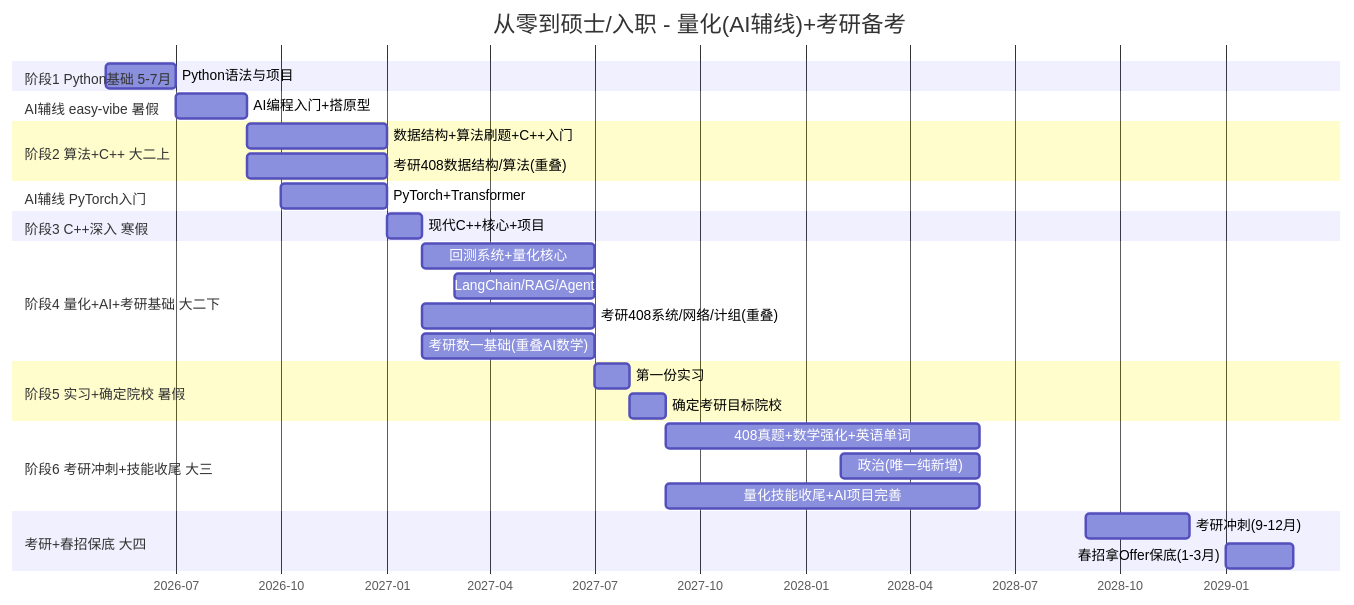
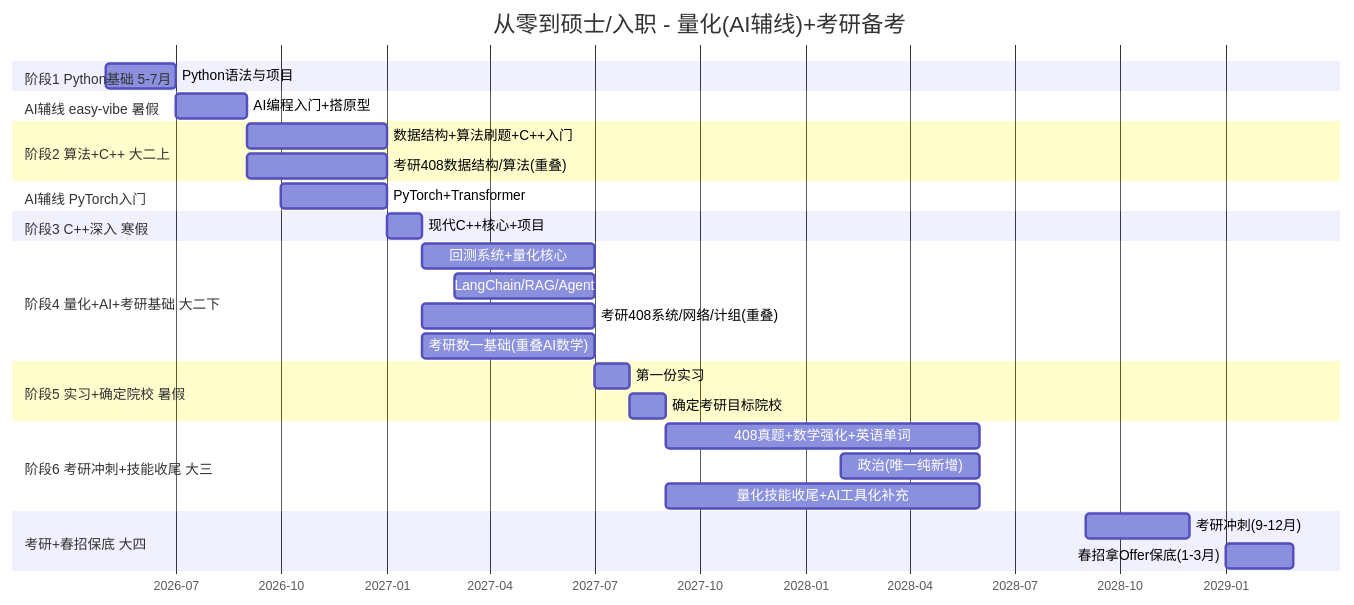
Before and after one commit to radiumno/study_plan: the first of 2 diagrams in resources/主脉络.md, drawn with Mermaid. The commit also changed other lines of this file and 107 other files, not shown here.

````diff
--- a/resources/主脉络.md
+++ b/resources/主脉络.md
@@ -202,41 +207,41 @@
 ```mermaid
 gantt
     title 从零到硕士/入职 - 量化(AI辅线)+考研备考
     dateFormat  YYYY-MM
     axisFormat  %Y-%m
 
     section 阶段1 Python基础 5-7月
     Python语法与项目          :2026-05, 2026-07
 
     section AI辅线 easy-vibe 暑假
     AI编程入门+搭原型         :2026-07, 2026-09
 
     section 阶段2 算法+C++ 大二上
     数据结构+算法刷题+C++入门  :2026-09, 2027-01
     考研408数据结构/算法(重叠) :2026-09, 2027-01
 
     section AI辅线 PyTorch入门
     PyTorch+Transformer       :2026-10, 2027-01
 
     section 阶段3 C++深入 寒假
     现代C++核心+项目           :2027-01, 2027-02
 
     section 阶段4 量化+AI+考研基础 大二下
     回测系统+量化核心          :2027-02, 2027-07
     LangChain/RAG/Agent       :2027-03, 2027-07
     考研408系统/网络/计组(重叠):2027-02, 2027-07
     考研数一基础(重叠AI数学)   :2027-02, 2027-07
 
     section 阶段5 实习+确定院校 暑假
     第一份实习                :2027-07, 2027-08
     确定考研目标院校           :2027-08, 2027-09
 
     section 阶段6 考研冲刺+技能收尾 大三
     408真题+数学强化+英语单词  :2027-09, 2028-06
     政治(唯一纯新增)           :2028-02, 2028-06
-    量化技能收尾+AI项目完善    :2027-09, 2028-06
+    量化技能收尾+AI工具化补充  :2027-09, 2028-06
 
     section 考研+春招保底 大四
     考研冲刺(9-12月)          :2028-09, 2028-12
     春招拿Offer保底(1-3月)    :2029-01, 2029-03
 ```
````
